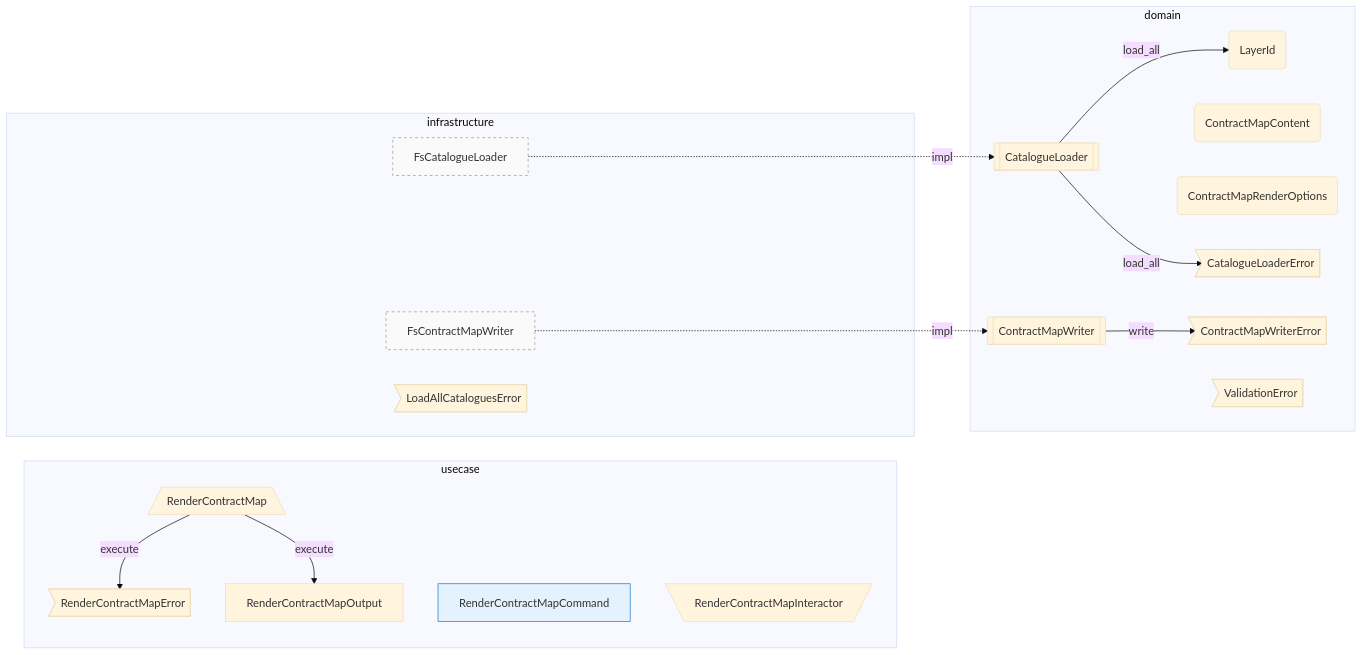
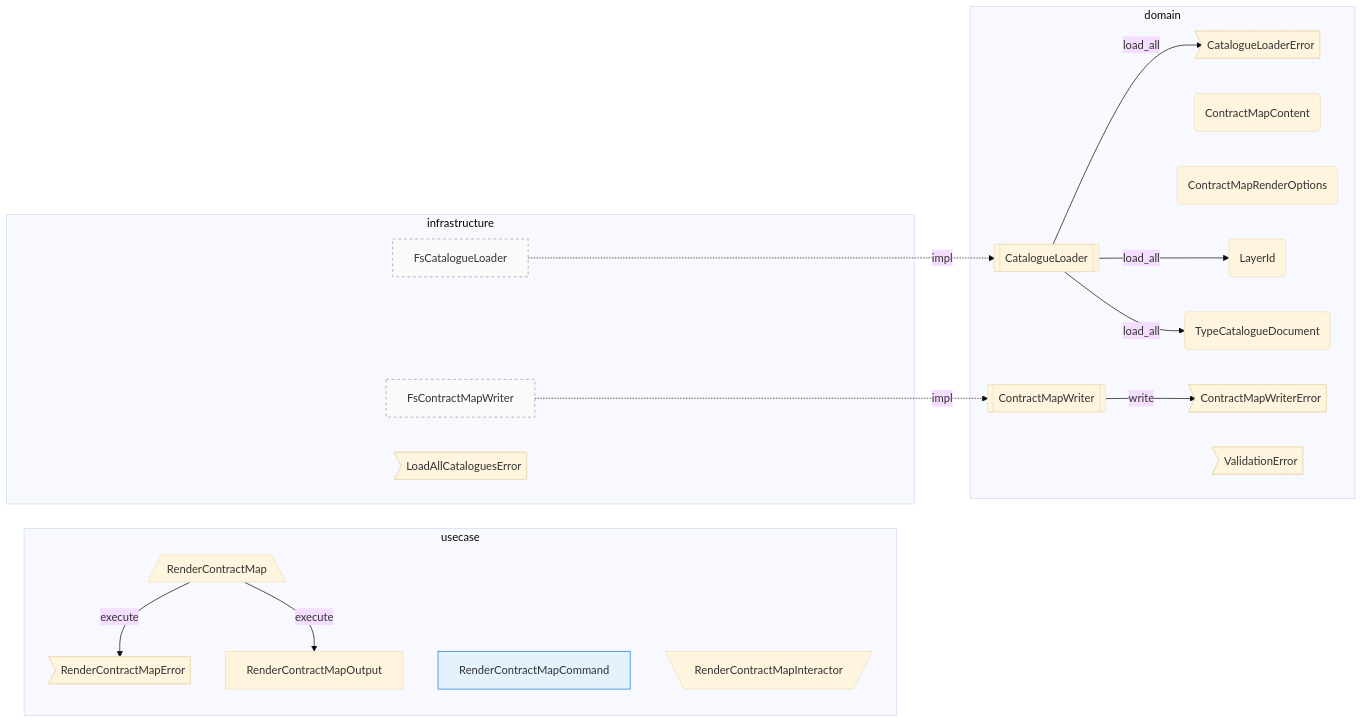
The diagram in track/items/tddd-contract-map-phase1-2026-04-17/contract-map.md (Flip451/SoTOHE-core), drawn with Mermaid (base theme) before and after one commit. The commit also changed 7 other files, not shown here.

````diff
--- a/track/items/tddd-contract-map-phase1-2026-04-17/contract-map.md
+++ b/track/items/tddd-contract-map-phase1-2026-04-17/contract-map.md
@@ -1,36 +1,38 @@
 ```mermaid
 flowchart LR
     classDef secondary_adapter fill:#fafafa,stroke:#999,stroke-dasharray: 4 4
     classDef command fill:#e3f2fd,stroke:#1976d2
     classDef query fill:#f3e5f5,stroke:#8e24aa
     classDef factory fill:#fff8e1,stroke:#f9a825
     subgraph domain [domain]
         domain_LayerId(LayerId)
         domain_ContractMapContent(ContractMapContent)
         domain_ContractMapRenderOptions(ContractMapRenderOptions)
         domain_CatalogueLoader[[CatalogueLoader]]
         domain_ContractMapWriter[[ContractMapWriter]]
         domain_CatalogueLoaderError>CatalogueLoaderError]
         domain_ContractMapWriterError>ContractMapWriterError]
+        domain_TypeCatalogueDocument(TypeCatalogueDocument)
         domain_ValidationError>ValidationError]
     end
     subgraph usecase [usecase]
         usecase_RenderContractMap[/RenderContractMap\]
         usecase_RenderContractMapCommand[RenderContractMapCommand]:::command
         usecase_RenderContractMapOutput[RenderContractMapOutput]
         usecase_RenderContractMapError>RenderContractMapError]
         usecase_RenderContractMapInteractor[\RenderContractMapInteractor/]
     end
     subgraph infrastructure [infrastructure]
         infrastructure_FsCatalogueLoader[FsCatalogueLoader]:::secondary_adapter
         infrastructure_FsContractMapWriter[FsContractMapWriter]:::secondary_adapter
         infrastructure_LoadAllCataloguesError>LoadAllCataloguesError]
     end
     domain_CatalogueLoader -->|load_all| domain_CatalogueLoaderError
     domain_CatalogueLoader -->|load_all| domain_LayerId
+    domain_CatalogueLoader -->|load_all| domain_TypeCatalogueDocument
     domain_ContractMapWriter -->|write| domain_ContractMapWriterError
     infrastructure_FsCatalogueLoader -.impl.-> domain_CatalogueLoader
     infrastructure_FsContractMapWriter -.impl.-> domain_ContractMapWriter
     usecase_RenderContractMap -->|execute| usecase_RenderContractMapError
     usecase_RenderContractMap -->|execute| usecase_RenderContractMapOutput
 ```
````
